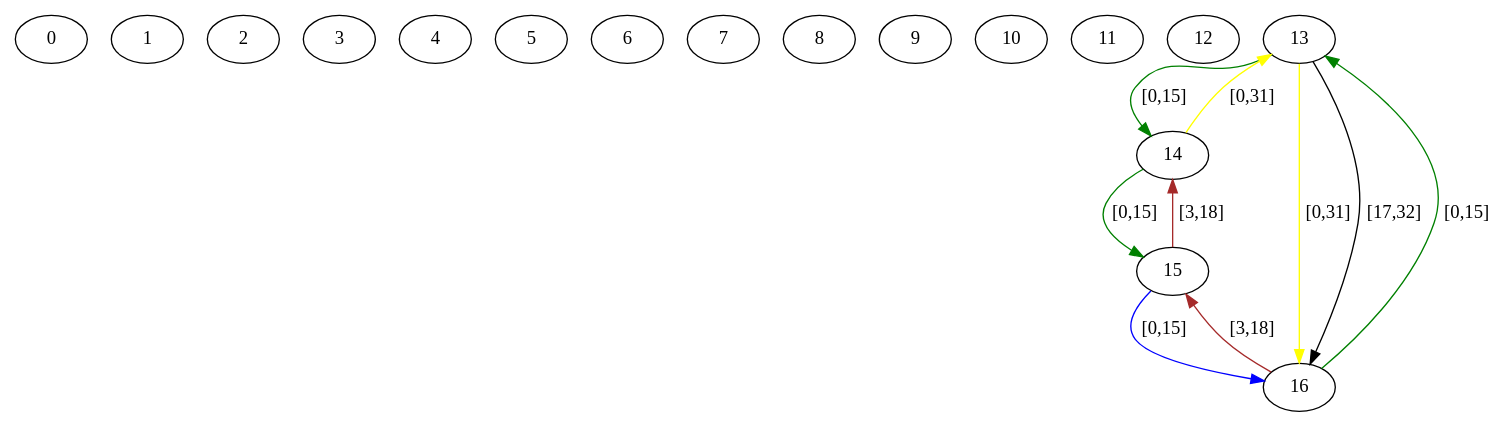
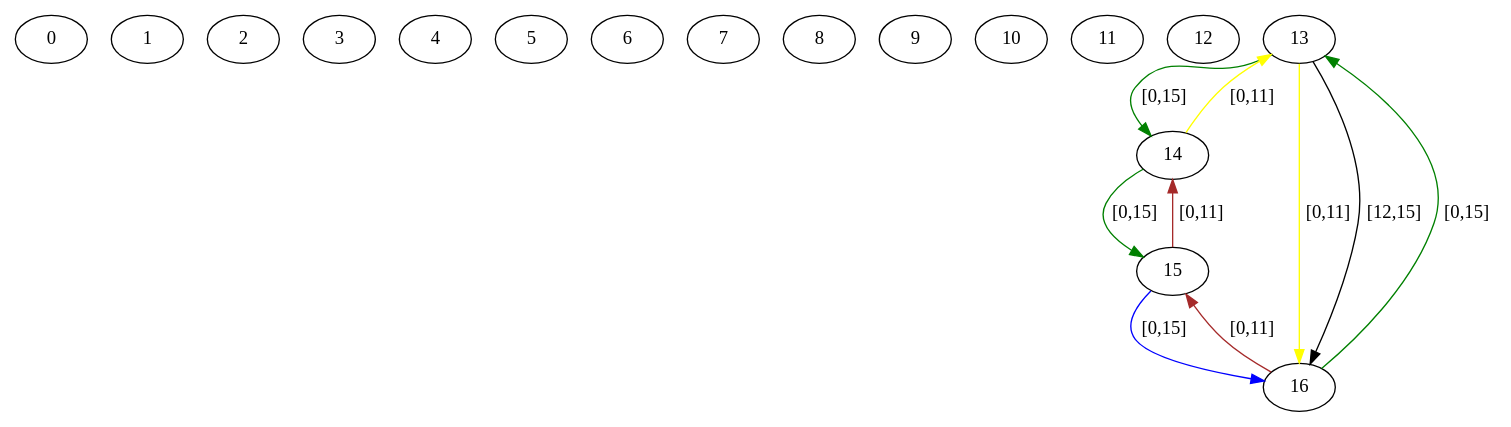
The diagram in src/assignedGraphs/assigned.dot (Hebbe1234/ExpectAll), drawn with Graphviz before and after one commit. The commit also changed 2 other files, not shown here.

```diff
--- a/src/assignedGraphs/assigned.dot
+++ b/src/assignedGraphs/assigned.dot
@@ -1,28 +1,28 @@
 digraph  {
 0 [label=0];
 1 [label=1];
 2 [label=2];
 3 [label=3];
 4 [label=4];
 5 [label=5];
 6 [label=6];
 7 [label=7];
 8 [label=8];
 9 [label=9];
 10 [label=10];
 11 [label=11];
 12 [label=12];
 13 [label=13];
 14 [label=14];
 15 [label=15];
 16 [label=16];
 13 -> 14  [color=green, key=0, label="[0,15]"];
-13 -> 16  [color=yellow, key=0, label="[0,31]"];
-13 -> 16  [color=black, key=1, label="[17,32]"];
+13 -> 16  [color=yellow, key=0, label="[0,11]"];
+13 -> 16  [color=black, key=1, label="[12,15]"];
 14 -> 15  [color=green, key=0, label="[0,15]"];
-14 -> 13  [color=yellow, key=0, label="[0,31]"];
+14 -> 13  [color=yellow, key=0, label="[0,11]"];
 15 -> 16  [color=blue, key=0, label="[0,15]"];
-15 -> 14  [color=brown, key=0, label="[3,18]"];
+15 -> 14  [color=brown, key=0, label="[0,11]"];
 16 -> 13  [color=green, key=0, label="[0,15]"];
-16 -> 15  [color=brown, key=0, label="[3,18]"];
+16 -> 15  [color=brown, key=0, label="[0,11]"];
 }
```
